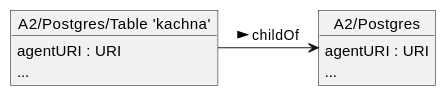
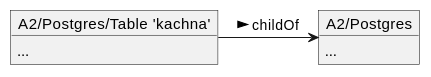
The fifth of 11 diagrams in doc/architecture.adoc (metlos/rhq.next-thoughts), drawn with PlantUML before and after one commit. The commit also changed other lines of this file, not shown here.

Commit message:
Updates to introduction, discovery workflow and wrote agent identity chapter.

```diff
--- a/doc/architecture.adoc
+++ b/doc/architecture.adoc
@@ -260,16 +262,14 @@
 [plantuml, discovery-results-platform-agent2]
 ....
 
 object "A2/Postgres" as pa2Postgres {
-    agentURI : URI
     ...
 }
 
 object "A2/Postgres/Table 'kachna'" as pa2Kachna {
-    agentURI : URI
     ...
 }
 
 pa2Kachna -> pa2Postgres : childOf >
 
 ....
```
